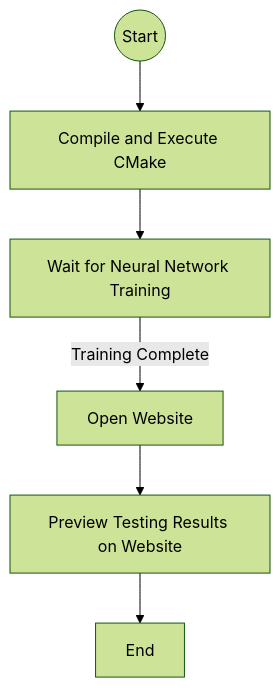
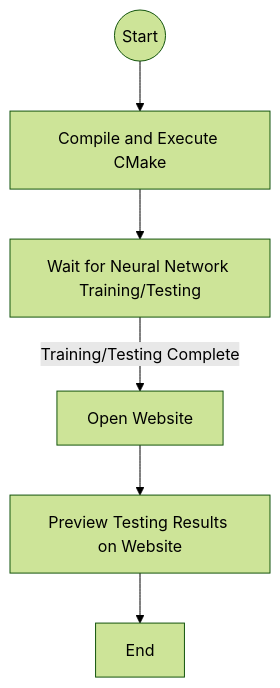
The first of 4 diagrams in README.md (cyber-chalk/fnnc), drawn with Mermaid (forest theme) before and after one commit. The commit also changed other lines of this file, not shown here.

Commit message:
class and sequence diagrams

````diff
--- a/README.md
+++ b/README.md
@@ -14,8 +14,8 @@
 ```mermaid
 flowchart TD
     A@{ shape: circle, label: "Start" } --> B[Compile and Execute CMake]
-    B --> C[Wait for Neural Network Training]
-    C --> |Training Complete|D[Open Website]
+    B --> C[Wait for Neural Network Training/Testing]
+    C --> |Training/Testing Complete|D[Open Website]
     D --> E[Preview Testing Results on Website]
     E --> F[End]
 ```
````
